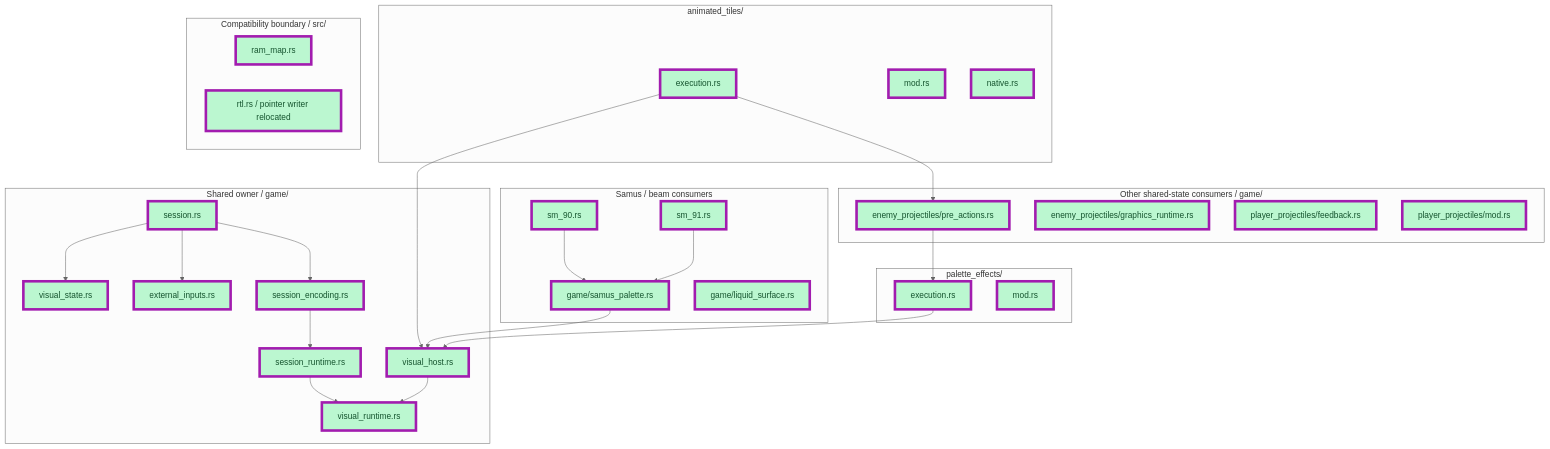
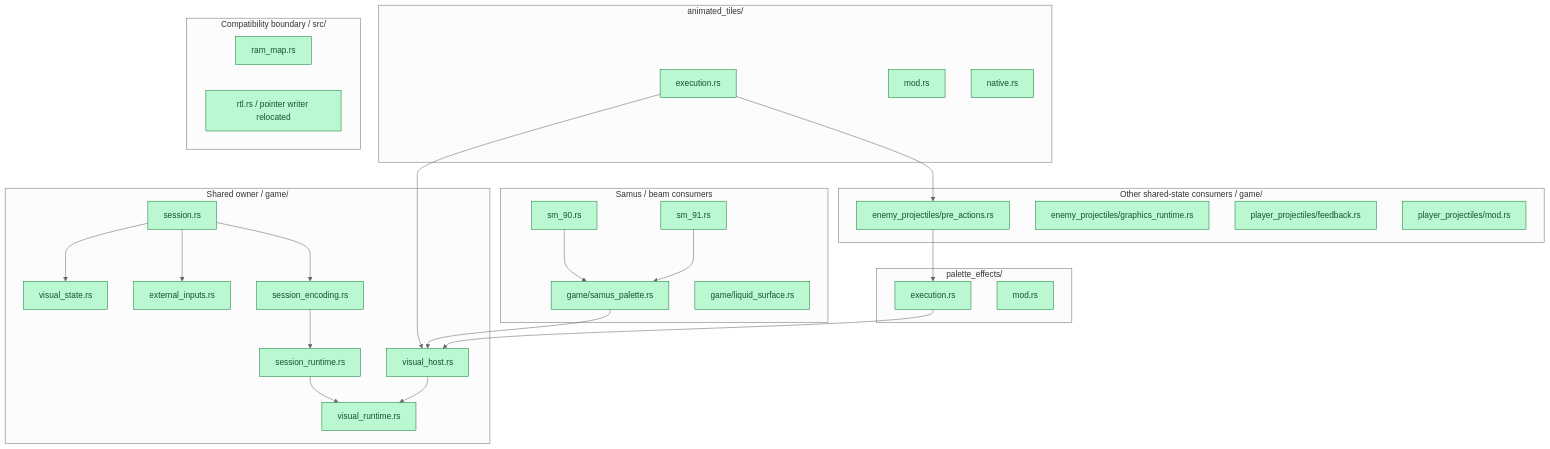
The fifth of 16 diagrams in PROGRESS.md (JimLundin/sm-decomp), drawn with Mermaid (neutral theme) before and after one commit. The commit also changed other lines of this file and 2 other files, not shown here.

````diff
--- a/PROGRESS.md
+++ b/PROGRESS.md
@@ -117,51 +152,50 @@
 ```mermaid
 flowchart TB
     subgraph owner["Shared owner / game/"]
         S["session.rs"]:::done
         VS["visual_state.rs"]:::done
         EI["external_inputs.rs"]:::done
         VH["visual_host.rs"]:::done
         SE["session_encoding.rs"]:::done
         SR["session_runtime.rs"]:::done
         VR["visual_runtime.rs"]:::done
     end
     subgraph palette["palette_effects/"]
         PE["execution.rs"]:::done
         PM["mod.rs"]:::done
     end
     subgraph animation["animated_tiles/"]
         AE["execution.rs"]:::done
         AM["mod.rs"]:::done
         AN["native.rs"]:::done
     end
     subgraph player["Samus / beam consumers"]
         SP["game/samus_palette.rs"]:::done
         LS["game/liquid_surface.rs"]:::done
         B90["sm_90.rs"]:::done
         B91["sm_91.rs"]:::done
     end
     subgraph callers["Other shared-state consumers / game/"]
         EP["enemy_projectiles/pre_actions.rs"]:::done
         EG["enemy_projectiles/graphics_runtime.rs"]:::done
         PF["player_projectiles/feedback.rs"]:::done
         PP["player_projectiles/mod.rs"]:::done
     end
     subgraph compatibility["Compatibility boundary / src/"]
         RAM["ram_map.rs"]:::done
         RTL["rtl.rs / pointer writer relocated"]:::done
     end
     S --> VS
     S --> EI
     S --> SE --> SR --> VR
     VH --> VR
     PE --> VH
     AE --> VH
     SP --> VH
     B90 --> SP
     B91 --> SP
     EP --> PE
     AE --> EP
-    class S,VS,EI,VH,SE,SR,VR,PE,PM,AE,AM,AN,SP,LS,B90,B91,EP,EG,PF,PP,RAM,RTL changed
     classDef done fill:#bbf7d0,stroke:#15803d,color:#14532d
     classDef changed stroke:#a21caf,stroke-width:5px
 ```
````
